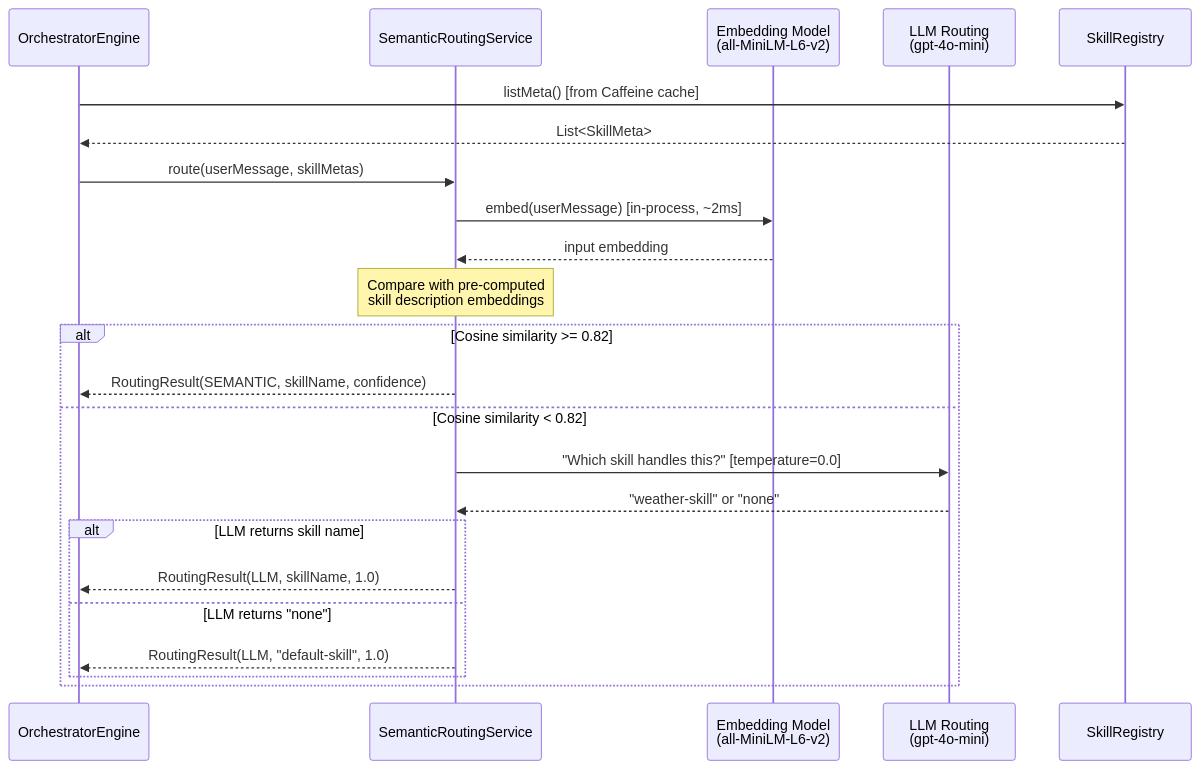
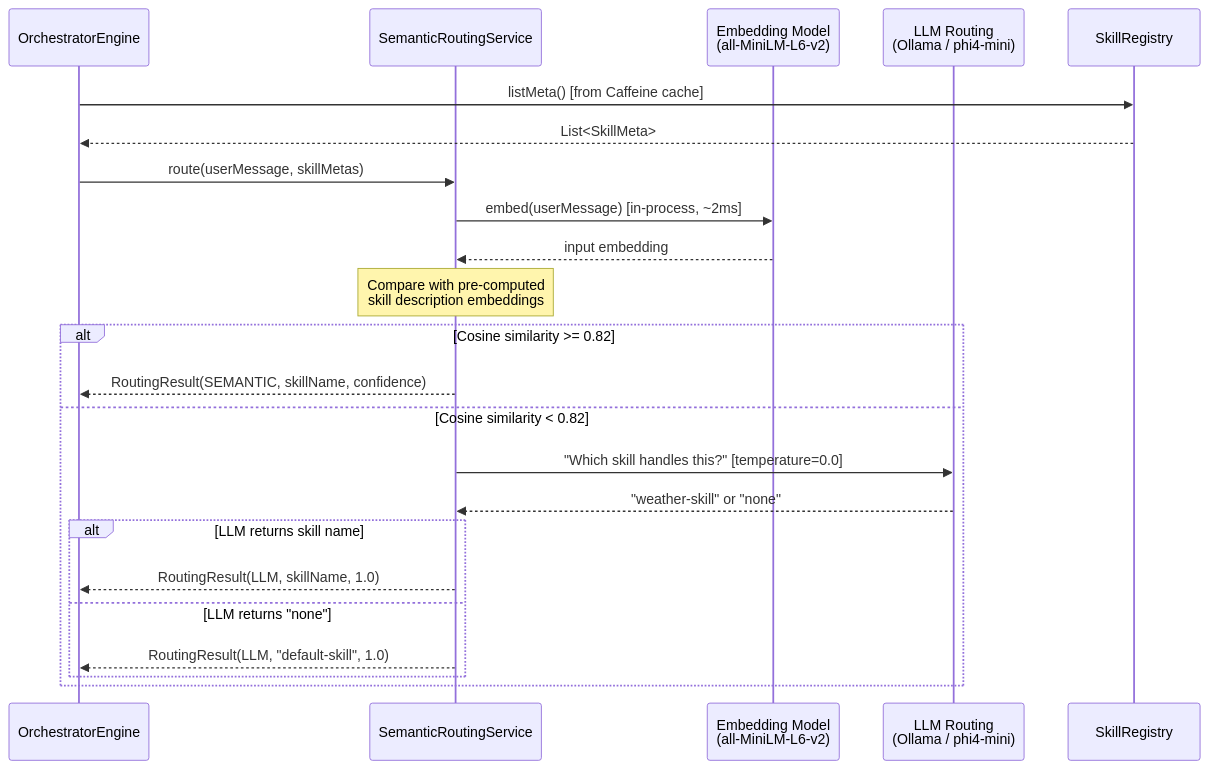
The second of 8 diagrams in docs/architecture-diagrams.md (GiskardB/gargantua), drawn with Mermaid before and after one commit. The commit also changed other lines of this file and 4 other files, not shown here.

First line of the commit message:
docs: add feature overview diagram + fix docs accuracy

````diff
--- a/docs/architecture-diagrams.md
+++ b/docs/architecture-diagrams.md
@@ -77,29 +77,29 @@
 ```mermaid
 sequenceDiagram
     participant Engine as OrchestratorEngine
     participant Semantic as SemanticRoutingService
     participant Embed as Embedding Model<br/>(all-MiniLM-L6-v2)
-    participant LLM_Route as LLM Routing<br/>(gpt-4o-mini)
+    participant LLM_Route as LLM Routing<br/>(Ollama / phi4-mini)
     participant Registry as SkillRegistry
 
     Engine->>Registry: listMeta() [from Caffeine cache]
     Registry-->>Engine: List<SkillMeta>
 
     Engine->>Semantic: route(userMessage, skillMetas)
     Semantic->>Embed: embed(userMessage) [in-process, ~2ms]
     Embed-->>Semantic: input embedding
 
     Note over Semantic: Compare with pre-computed<br/>skill description embeddings
 
     alt Cosine similarity >= 0.82
         Semantic-->>Engine: RoutingResult(SEMANTIC, skillName, confidence)
     else Cosine similarity < 0.82
         Semantic->>LLM_Route: "Which skill handles this?" [temperature=0.0]
         LLM_Route-->>Semantic: "weather-skill" or "none"
         alt LLM returns skill name
             Semantic-->>Engine: RoutingResult(LLM, skillName, 1.0)
         else LLM returns "none"
             Semantic-->>Engine: RoutingResult(LLM, "default-skill", 1.0)
         end
     end
 ```
````
